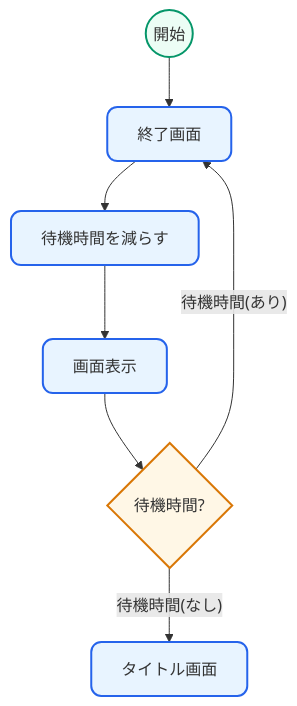
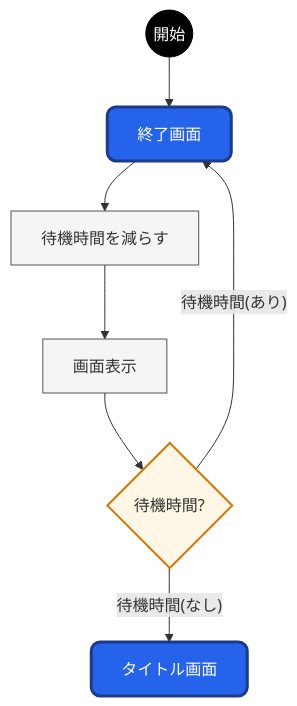
One commit to kureha001/MMP changed the seventh of 7 diagrams in ゲーム/01_MechBullets/README/30_シーン管理.MD. Above: the diagram before and after it, drawn with Mermaid. The commit also changed other lines of this file and 1 other file, not shown here.

````diff
--- a/ゲーム/01_MechBullets/README/30_シーン管理.MD
+++ b/ゲーム/01_MechBullets/README/30_シーン管理.MD
@@ -249,23 +264,25 @@
 ```mermaid
 flowchart TB
-%% ==== Styles ====
-classDef screen    fill:#e8f4ff,stroke:#2563eb,stroke-width:2px,rx:10,ry:10
-classDef decision  fill:#fff7e6,stroke:#d97706,stroke-width:2px
-classDef startNode fill:#ecfdf5,stroke:#059669,stroke-width:2px,rx:10,ry:10
+%% ==== 書式 ====
+classDef 開始 fill:#000000,color:#ffffff,stroke:#000000;
+classDef 画面 fill:#2563eb,color:#ffffff,stroke:#1e3a8a,stroke-width:3px,rx:9,ry:9;
+classDef サブ fill:#e8f4ff,stroke:#2563eb,stroke-width:2px,rx:9,ry:9;
+classDef 処理 fill:#f5f5f5,stroke:#535353;
+classDef 分岐 fill:#fff7e6,stroke:#d97706,stroke-width:2px;
 
-%% ==== Nodes ====
-start((開始)):::startNode
-endScr[終了画面]:::screen
-reduce[待機時間を減らす]:::screen
-display[画面表示]:::screen
-choiceWait{待機時間?}:::decision
-title[タイトル画面]:::screen
+%% ==== ノード ====
+start((開始)):::開始
+endScr[終了画面]:::画面
+reduce[待機時間を減らす]:::処理
+display[画面表示]:::処理
+choiceWait{待機時間?}:::分岐
+title[タイトル画面]:::画面
 
-%% ==== Flow ====
+%% ==== 処理順序 ====
 start --> endScr
 endScr --> reduce
 reduce --> display
 display --> choiceWait
 choiceWait -- 待機時間(あり) --> endScr
 choiceWait -- 待機時間(なし) --> title
 ```
````
